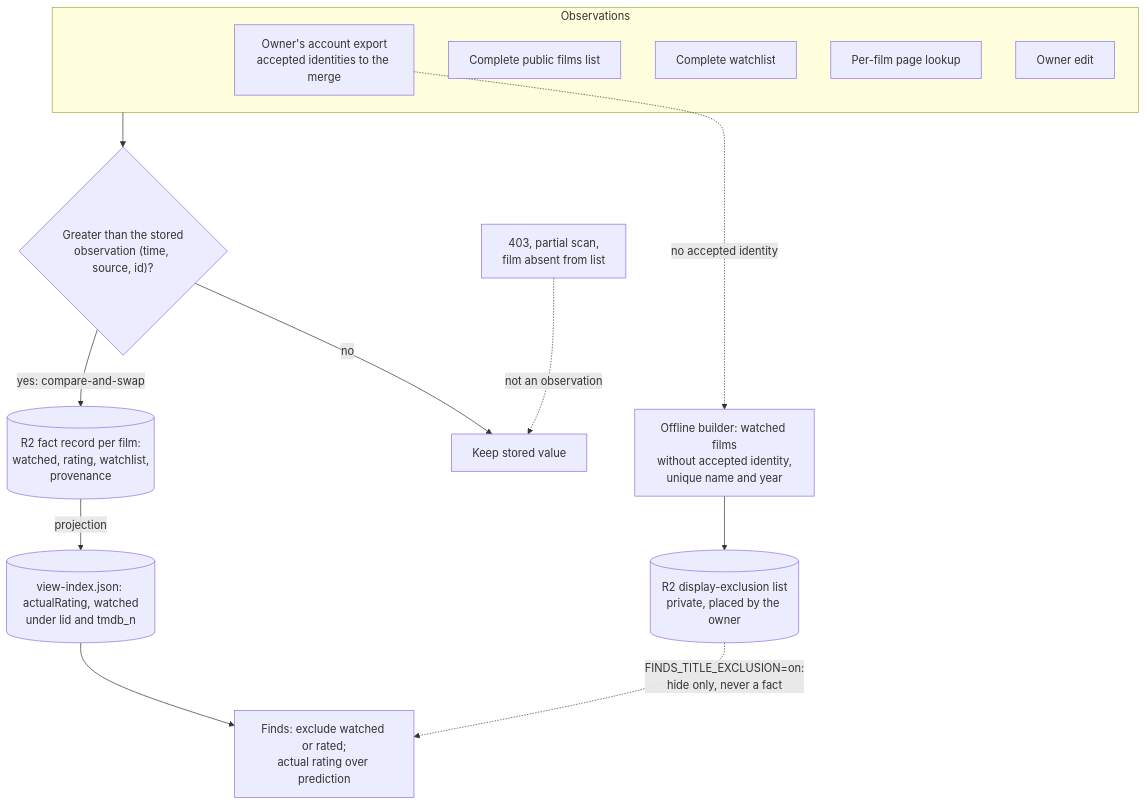
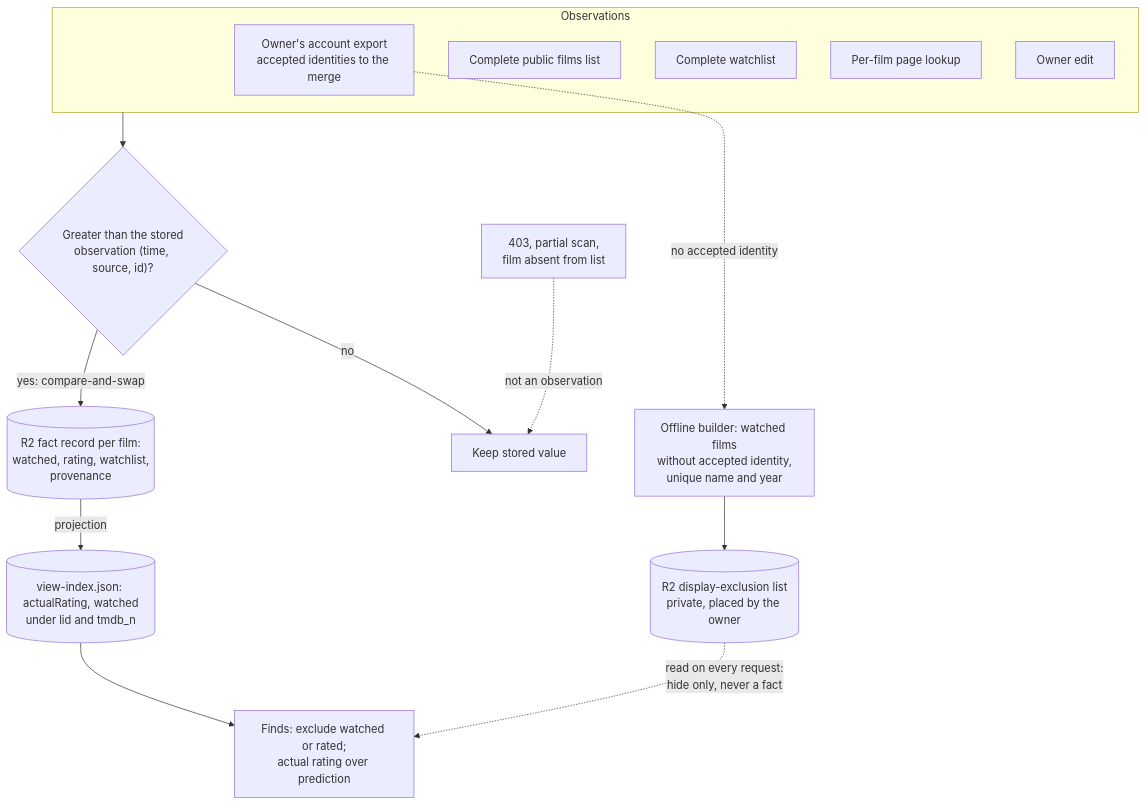
Before and after one commit to vladimino/iptv-watchlist: the second of 2 diagrams in docs/architecture/letterboxd-ingestion.md, drawn with Mermaid. The commit also changed other lines of this file and 11 other files, not shown here.

First line of the commit message:
AIR-229: retire FINDS_TITLE_EXCLUSION; the Finds title exclusion runs without a switch (#219)

````diff
--- a/docs/architecture/letterboxd-ingestion.md
+++ b/docs/architecture/letterboxd-ingestion.md
@@ -34,27 +34,27 @@
 ```mermaid
 flowchart TD
     subgraph sources["Observations"]
         export["Owner's account export<br/>accepted identities to the merge"]
         films["Complete public films list"]
         watchlist["Complete watchlist"]
         page["Per-film page lookup"]
         owner["Owner edit"]
     end
     gaps["403, partial scan,<br/>film absent from list"]
     merge{"Greater than the stored<br/>observation (time, source, id)?"}
     facts[("R2 fact record per film:<br/>watched, rating, watchlist,<br/>provenance")]
     keep["Keep stored value"]
     index[("view-index.json: actualRating, watched<br/>under lid and tmdb_n")]
     finds["Finds: exclude watched or rated;<br/>actual rating over prediction"]
     builder["Offline builder: watched films<br/>without accepted identity,<br/>unique name and year"]
     list[("R2 display-exclusion list<br/>private, placed by the owner")]
     sources --> merge
     merge -->|yes: compare-and-swap| facts
     merge -->|no| keep
     gaps -.->|not an observation| keep
     facts -->|projection| index
     index --> finds
     export -.->|no accepted identity| builder
     builder --> list
-    list -.->|"FINDS_TITLE_EXCLUSION=on:<br/>hide only, never a fact"| finds
+    list -.->|"read on every request:<br/>hide only, never a fact"| finds
 ```
````
